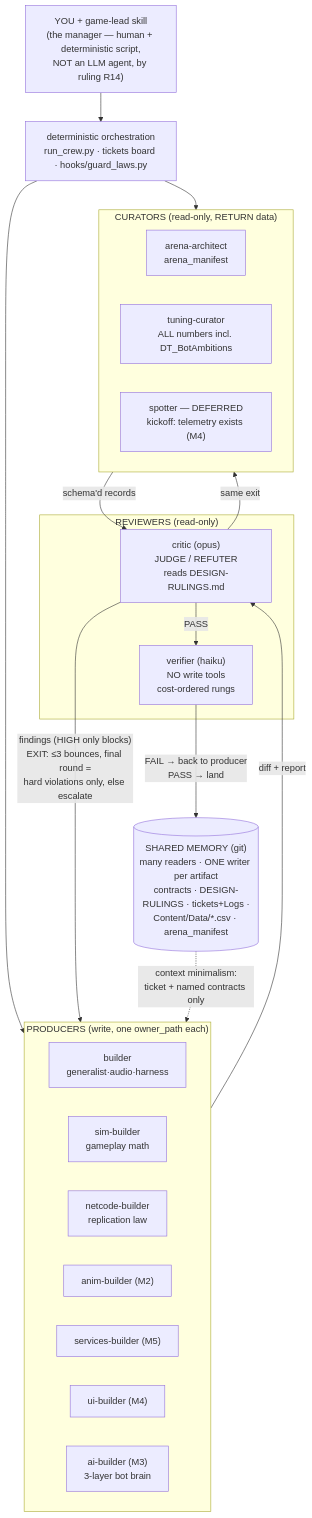
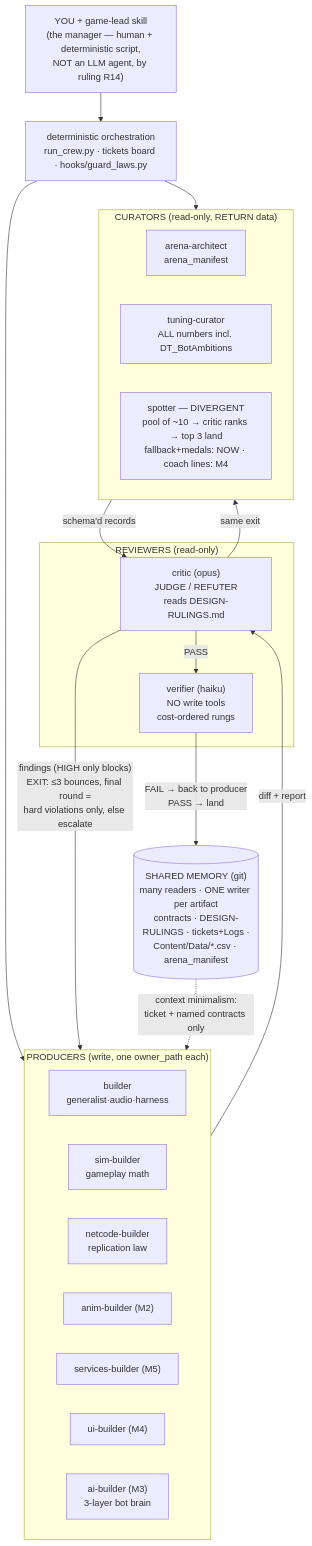
The first of 2 diagrams in crew/docs/CREW_MAP.md (JDMAXilius/Multi-agents-class), drawn with Mermaid before and after one commit. The commit also changed other lines of this file and 8 other files, not shown here.

First line of the commit message:
Class-05 adoptions: fix the spotter kickoff, add divergent curation and retrieval sets

````diff
--- a/crew/docs/CREW_MAP.md
+++ b/crew/docs/CREW_MAP.md
@@ -10,38 +10,38 @@
 ```mermaid
 flowchart TD
     LEAD["YOU + game-lead skill<br/>(the manager — human + deterministic script,<br/>NOT an LLM agent, by ruling R14)"]
     ORCH["deterministic orchestration<br/>run_crew.py · tickets board · hooks/guard_laws.py"]
     LEAD --> ORCH
 
     subgraph PROD["PRODUCERS (write, one owner_path each)"]
         B1["builder<br/>generalist·audio·harness"]
         B2["sim-builder<br/>gameplay math"]
         B3["netcode-builder<br/>replication law"]
         B4["anim-builder (M2)"]
         B5["services-builder (M5)"]
         B6["ui-builder (M4)"]
         B7["ai-builder (M3)<br/>3-layer bot brain"]
     end
 
     subgraph CUR["CURATORS (read-only, RETURN data)"]
         C1["arena-architect<br/>arena_manifest"]
         C2["tuning-curator<br/>ALL numbers incl. DT_BotAmbitions"]
-        C3["spotter — DEFERRED<br/>kickoff: telemetry exists (M4)"]
+        C3["spotter — DIVERGENT<br/>pool of ~10 → critic ranks → top 3 land<br/>fallback+medals: NOW · coach lines: M4"]
     end
 
     subgraph REV["REVIEWERS (read-only)"]
         R1["critic (opus)<br/>JUDGE / REFUTER<br/>reads DESIGN-RULINGS.md"]
         R2["verifier (haiku)<br/>NO write tools<br/>cost-ordered rungs"]
     end
 
     ORCH --> PROD & CUR
     PROD -- "diff + report" --> R1
     CUR -- "schema'd records" --> R1
     R1 -- "findings (HIGH only blocks)<br/>EXIT: ≤3 bounces, final round =<br/>hard violations only, else escalate" --> PROD
     R1 -- "same exit" --> CUR
     R1 -- PASS --> R2
     R2 -- "FAIL → back to producer<br/>PASS → land" --> MEM
 
     MEM[("SHARED MEMORY (git)<br/>many readers · ONE writer per artifact<br/>contracts · DESIGN-RULINGS · tickets+Logs ·<br/>Content/Data/*.csv · arena_manifest")]
     MEM -. "context minimalism:<br/>ticket + named contracts only" .-> PROD
 ```
````
